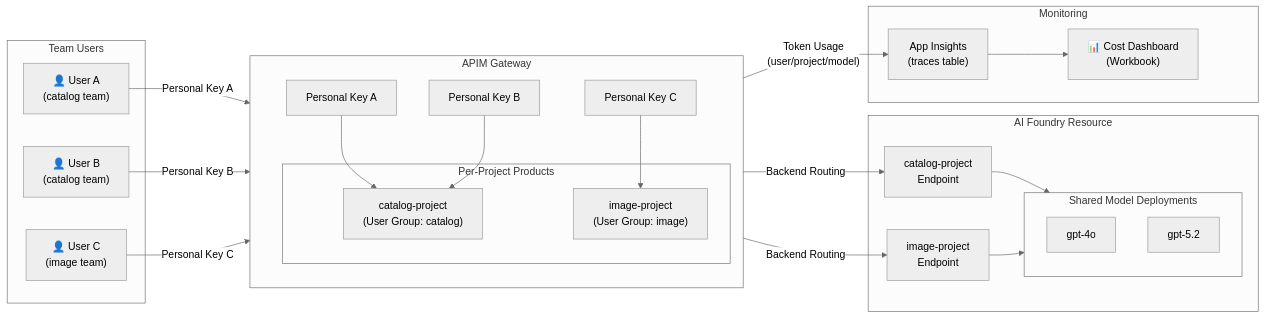
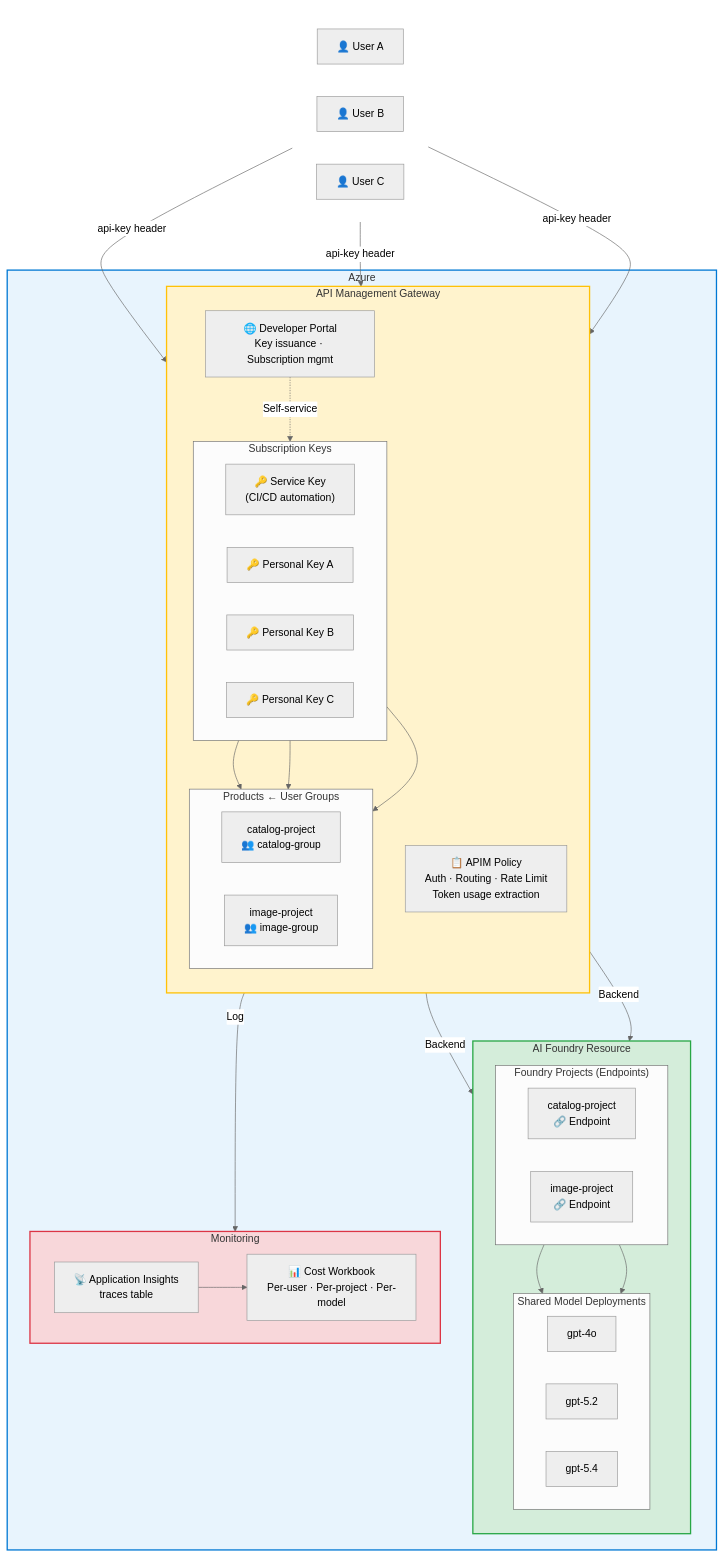
One commit to jihys/apim-foundry-cost-governance changed the first of 2 diagrams in README.en.md. Above: the diagram before and after it, drawn with Mermaid (neutral theme). The commit also changed 1 other file, not shown here.

Commit message:
Replace flow diagram with structural architecture diagram (#43)
- Top-down layered layout: Users → APIM → Foundry → Monitoring
- APIM layer shows Developer Portal, Subscription Keys (Service/Personal),
  Products with User Groups, and Policy block
- Foundry layer shows Projects (Endpoints) and shared model deployments
- Monitoring layer shows App Insights traces and Cost Workbook
- Color-coded Azure/APIM/Foundry/Monitoring boundaries
- Updated both Korean and English READMEs

````diff
--- a/README.en.md
+++ b/README.en.md
@@ -9,46 +9,67 @@
 ```mermaid
-flowchart LR
-    subgraph Users["Team Users"]
-        U1["👤 User A\n(catalog team)"]
-        U2["👤 User B\n(catalog team)"]
-        U3["👤 User C\n(image team)"]
+flowchart TB
+    subgraph Users[" "]
+        direction LR
+        U1["👤 User A"]
+        U2["👤 User B"]
+        U3["👤 User C"]
     end
 
-    subgraph APIM["APIM Gateway"]
-        direction TB
-        PK1["Personal Key A"]
-        PK2["Personal Key B"]
-        PK3["Personal Key C"]
-        subgraph Products["Per-Project Products"]
-            P1["catalog-project\n(User Group: catalog)"]
-            P2["image-project\n(User Group: image)"]
+    subgraph Azure["Azure"]
+        subgraph APIM["API Management Gateway"]
+            direction TB
+            Portal["🌐 Developer Portal\nKey issuance · Subscription mgmt"]
+            subgraph Keys["Subscription Keys"]
+                direction LR
+                SK1["🔑 Service Key\n(CI/CD automation)"]
+                PK1["🔑 Personal Key A"]
+                PK2["🔑 Personal Key B"]
+                PK3["🔑 Personal Key C"]
+            end
+            subgraph Routing["Products  ←  User Groups"]
+                direction LR
+                P1["catalog-project\n👥 catalog-group"]
+                P2["image-project\n👥 image-group"]
+            end
+            Policy["📋 APIM Policy\nAuth · Routing · Rate Limit\nToken usage extraction"]
+        end
+
+        subgraph Foundry["AI Foundry Resource"]
+            direction TB
+            subgraph Endpoints["Foundry Projects (Endpoints)"]
+                direction LR
+                FP1["catalog-project\n🔗 Endpoint"]
+                FP2["image-project\n🔗 Endpoint"]
+            end
+            subgraph Models["Shared Model Deployments"]
+                direction LR
+                M1["gpt-4o"]
+                M2["gpt-5.2"]
+                M3["gpt-5.4"]
+            end
+        end
+
+        subgraph Monitor["Monitoring"]
+            direction LR
+            AI["📡 Application Insights\ntraces table"]
+            WB["📊 Cost Workbook\nPer-user · Per-project · Per-model"]
         end
     end
 
-    subgraph Foundry["AI Foundry Resource"]
-        FP1["catalog-project\nEndpoint"]
-        FP2["image-project\nEndpoint"]
-        subgraph Models["Shared Model Deployments"]
-            M1["gpt-4o"]
-            M2["gpt-5.2"]
-        end
-    end
+    U1 & U2 -->|"api-key header"| APIM
+    U3 -->|"api-key header"| APIM
+    Portal -.->|"Self-service"| Keys
+    PK1 & PK2 --> P1
+    PK3 --> P2
+    P1 -->|Backend| FP1
+    P2 -->|Backend| FP2
+    FP1 & FP2 --> Models
+    Policy -->|"Log"| AI
+    AI --> WB
 
-    subgraph Monitoring["Monitoring"]
-        AI["App Insights\n(traces table)"]
-        WB["📊 Cost Dashboard\n(Workbook)"]
-    end
-
-    U1 -->|Personal Key A| PK1
-    U2 -->|Personal Key B| PK2
-    U3 -->|Personal Key C| PK3
-    PK1 --> P1
-    PK2 --> P1
-    PK3 --> P2
-    P1 -->|Backend Routing| FP1
-    P2 -->|Backend Routing| FP2
-    FP1 --> Models
-    FP2 --> Models
-    APIM -->|"Token Usage\n(user/project/model)"| AI
-    AI --> WB
+    style Users fill:none,stroke:none
+    style Azure fill:#e8f4fd,stroke:#0078d4,stroke-width:2px
+    style APIM fill:#fff3cd,stroke:#ffc107,stroke-width:2px
+    style Foundry fill:#d4edda,stroke:#28a745,stroke-width:2px
+    style Monitor fill:#f8d7da,stroke:#dc3545,stroke-width:2px
 ```
````
